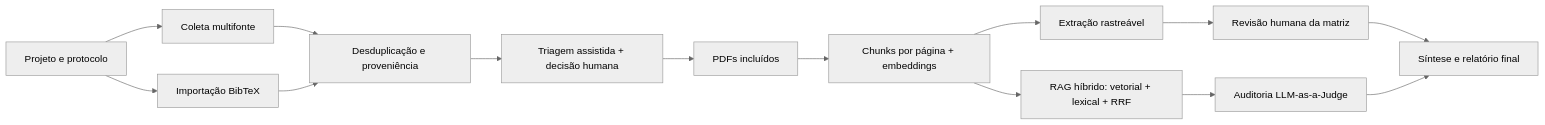
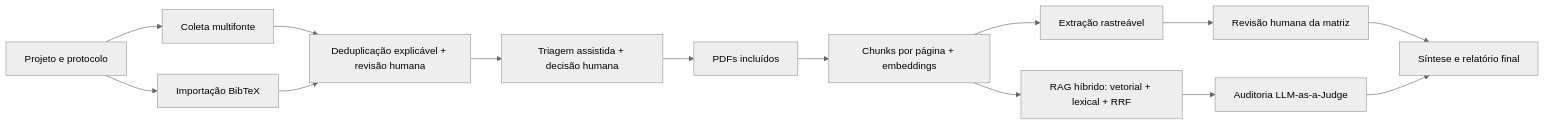
One commit to lucianodiassp/rag-revisao-sistematica changed the diagram in README.md. Above: the diagram before and after it, drawn with Mermaid (neutral theme). The commit also changed other lines of this file and 13 other files, not shown here.

````diff
--- a/README.md
+++ b/README.md
@@ -125,16 +134,16 @@
 ```mermaid
 flowchart LR
     A["Projeto e protocolo"] --> B["Coleta multifonte"]
     A --> B2["Importação BibTeX"]
-    B --> C["Desduplicação e proveniência"]
+    B --> C["Deduplicação explicável + revisão humana"]
     B2 --> C
     C --> D["Triagem assistida + decisão humana"]
     D --> E["PDFs incluídos"]
     E --> F["Chunks por página + embeddings"]
     F --> G["RAG híbrido: vetorial + lexical + RRF"]
     F --> H["Extração rastreável"]
     H --> I["Revisão humana da matriz"]
     G --> J["Auditoria LLM-as-a-Judge"]
     I --> K["Síntese e relatório final"]
     J --> K
 ```
````
